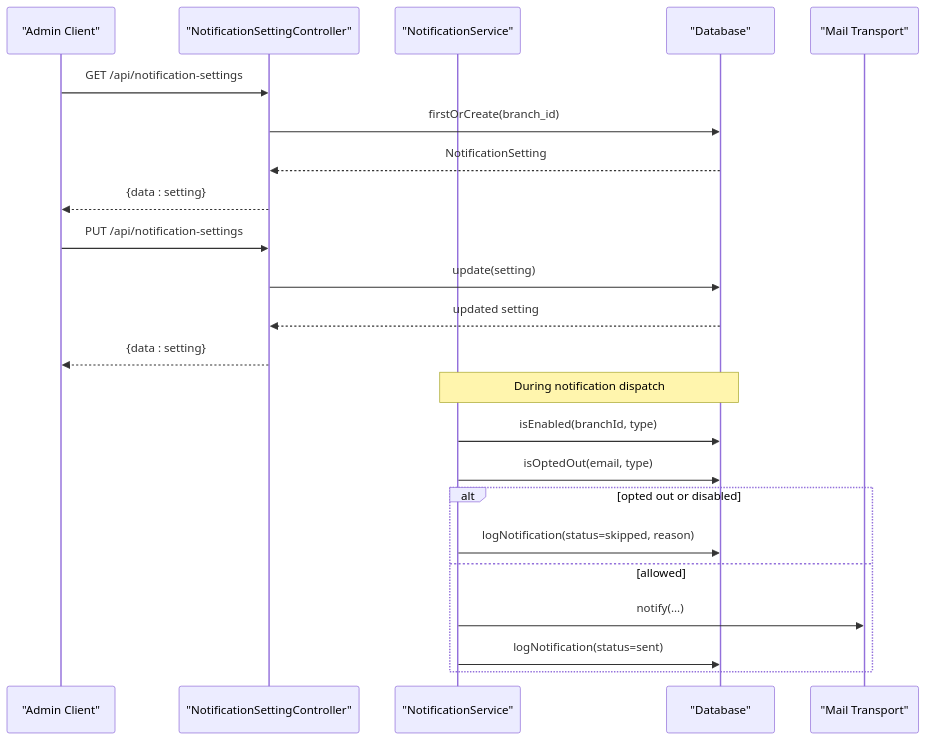
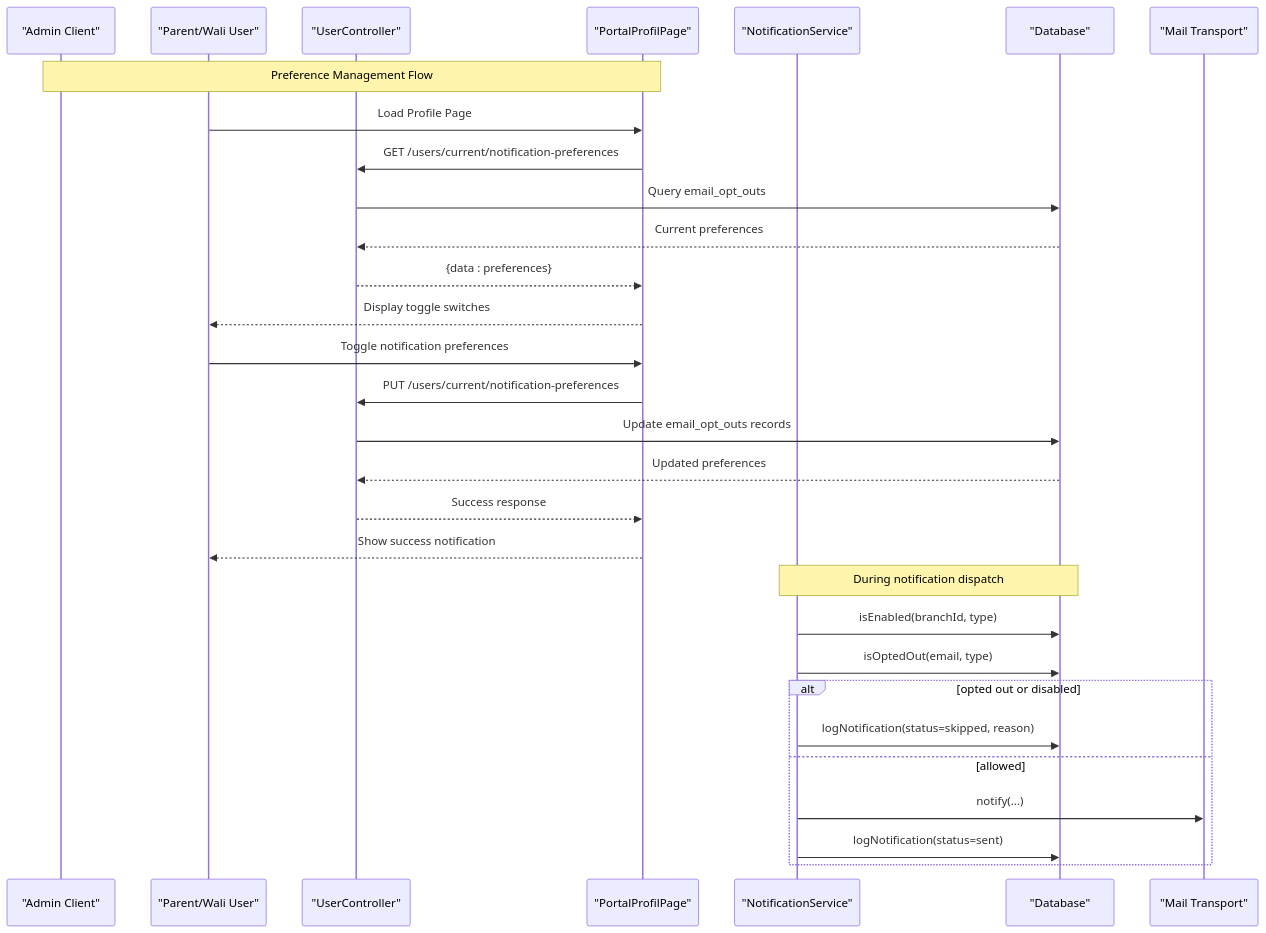
Before and after one commit to Fathurrahman-R/Manajemen-Keuangan-dan-SPP-Handayani: the second of 10 diagrams in .qoder/repowiki/en/content/Notification System/Notification Preferences & Opt-out Management.md, drawn with Mermaid. The commit also changed other lines of this file and 32 other files, not shown here.

````diff
--- a/.qoder/repowiki/en/content/Notification System/Notification Preferences & Opt-out Management.md
+++ b/.qoder/repowiki/en/content/Notification System/Notification Preferences & Opt-out Management.md
@@ -159,25 +197,32 @@
 ```mermaid
 sequenceDiagram
 participant Admin as "Admin Client"
-participant API as "NotificationSettingController"
+participant User as "Parent/Wali User"
+participant API as "UserController"
+participant FPP as "PortalProfilPage"
 participant Svc as "NotificationService"
 participant DB as "Database"
 participant Mail as "Mail Transport"
-Admin->>API : GET /api/notification-settings
-API->>DB : firstOrCreate(branch_id)
-DB-->>API : NotificationSetting
-API-->>Admin : {data : setting}
-Admin->>API : PUT /api/notification-settings
-API->>DB : update(setting)
-DB-->>API : updated setting
-API-->>Admin : {data : setting}
+Note over Admin,FPP : Preference Management Flow
+User->>FPP : Load Profile Page
+FPP->>API : GET /users/current/notification-preferences
+API->>DB : Query email_opt_outs
+DB-->>API : Current preferences
+API-->>FPP : {data : preferences}
+FPP-->>User : Display toggle switches
+User->>FPP : Toggle notification preferences
+FPP->>API : PUT /users/current/notification-preferences
+API->>DB : Update email_opt_outs records
+DB-->>API : Updated preferences
+API-->>FPP : Success response
+FPP-->>User : Show success notification
 Note over Svc,DB : During notification dispatch
 Svc->>DB : isEnabled(branchId, type)
 Svc->>DB : isOptedOut(email, type)
 alt opted out or disabled
 Svc->>DB : logNotification(status=skipped, reason)
 else allowed
 Svc->>Mail : notify(...)
 Svc->>DB : logNotification(status=sent)
 end
 ```
````
